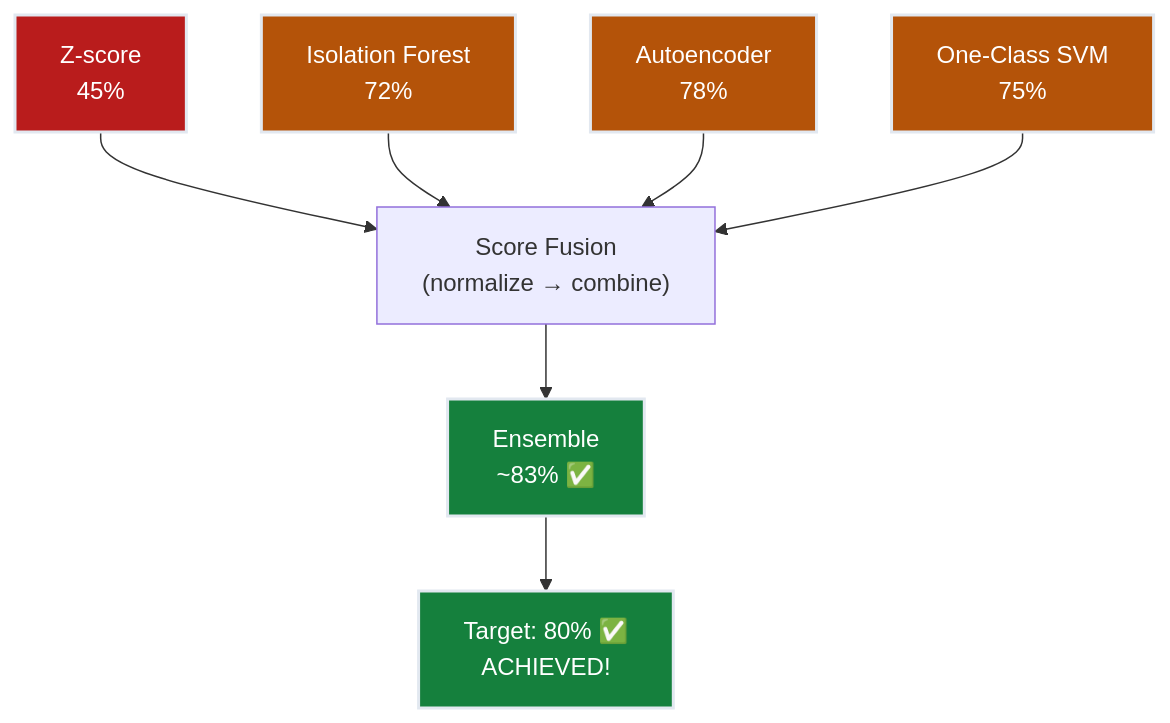
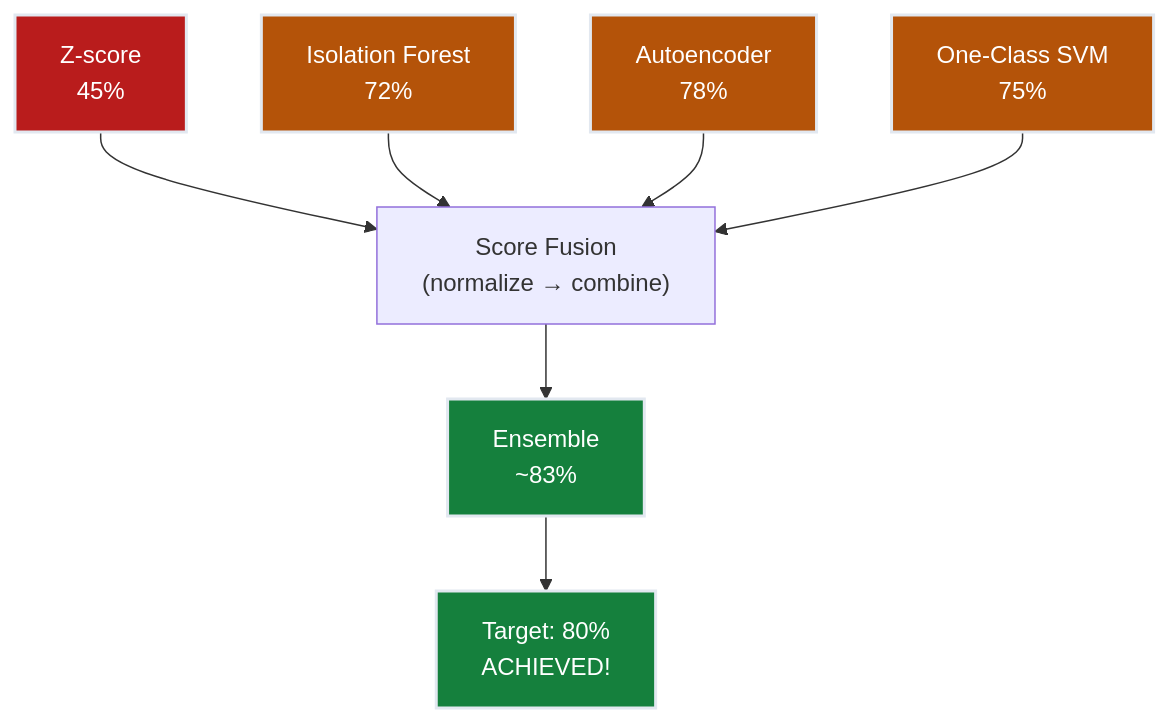
One commit to deepakshamsft/ai-portfolio changed the first of 4 diagrams in notes/ML/05-AnomalyDetection/ch05-ensemble-anomaly/README.md. Above: the diagram before and after it, drawn with Mermaid. The commit also changed other lines of this file and 50 other files, not shown here.

````diff
--- a/notes/ML/05-AnomalyDetection/ch05-ensemble-anomaly/README.md
+++ b/notes/ML/05-AnomalyDetection/ch05-ensemble-anomaly/README.md
@@ -31,17 +31,17 @@
 ```mermaid
 flowchart TD
     Z["Z-score\n45%"] --> FUSE["Score Fusion\n(normalize → combine)"]
     IF["Isolation Forest\n72%"] --> FUSE
     AE["Autoencoder\n78%"] --> FUSE
     SVM["One-Class SVM\n75%"] --> FUSE
 
-    FUSE --> ENS["Ensemble\n~83% ✅"]
-    ENS --> TARGET["Target: 80% ✅\nACHIEVED!"]
+    FUSE --> ENS["Ensemble\n~83%"]
+    ENS --> TARGET["Target: 80%\nACHIEVED!"]
 
     style Z fill:#b91c1c,stroke:#e2e8f0,stroke-width:2px,color:#ffffff
     style IF fill:#b45309,stroke:#e2e8f0,stroke-width:2px,color:#ffffff
     style AE fill:#b45309,stroke:#e2e8f0,stroke-width:2px,color:#ffffff
     style SVM fill:#b45309,stroke:#e2e8f0,stroke-width:2px,color:#ffffff
     style ENS fill:#15803d,stroke:#e2e8f0,stroke-width:2px,color:#ffffff
     style TARGET fill:#15803d,stroke:#e2e8f0,stroke-width:2px,color:#ffffff
 ```
````
